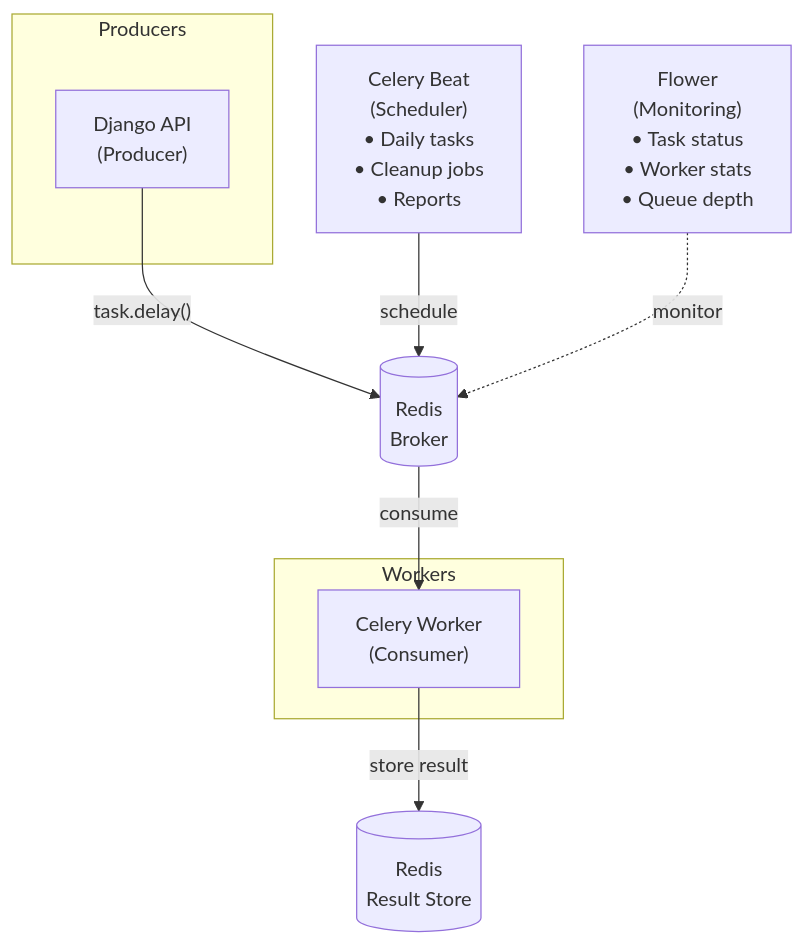
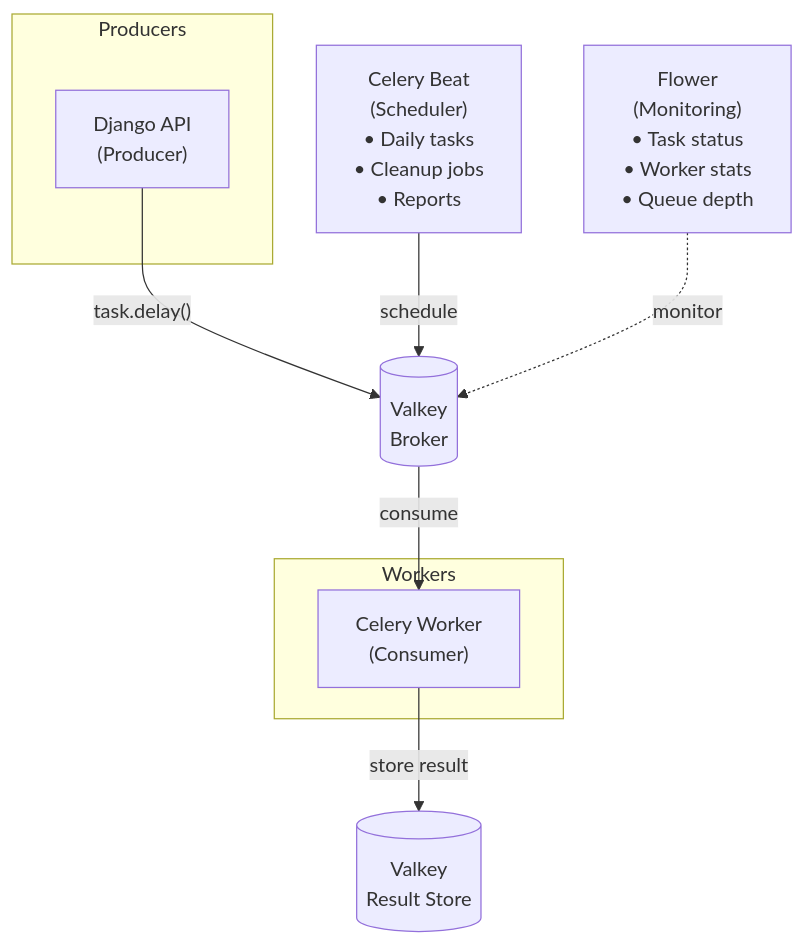
One commit to mattjaikaran/django-ninja-boilerplate changed diagram 11 of 13 in docs/ARCHITECTURE.md. Above: the diagram before and after it, drawn with Mermaid. The commit also changed other lines of this file and 14 other files, not shown here.

````diff
--- a/docs/ARCHITECTURE.md
+++ b/docs/ARCHITECTURE.md
@@ -546,23 +546,23 @@
 ```mermaid
 graph TB
     subgraph Producers
         DJANGO["Django API<br/>(Producer)"]
     end
 
-    BROKER[("Redis<br/>Broker")]
-    RESULTS[("Redis<br/>Result Store")]
+    BROKER[("Valkey<br/>Broker")]
+    RESULTS[("Valkey<br/>Result Store")]
 
     subgraph Workers
         WORKER["Celery Worker<br/>(Consumer)"]
     end
 
     BEAT["Celery Beat<br/>(Scheduler)<br/>• Daily tasks<br/>• Cleanup jobs<br/>• Reports"]
 
     FLOWER["Flower<br/>(Monitoring)<br/>• Task status<br/>• Worker stats<br/>• Queue depth"]
 
     DJANGO -->|"task.delay()"| BROKER
     BROKER -->|"consume"| WORKER
     WORKER -->|"store result"| RESULTS
     BEAT -->|"schedule"| BROKER
     FLOWER -.->|"monitor"| BROKER
 ```
````
